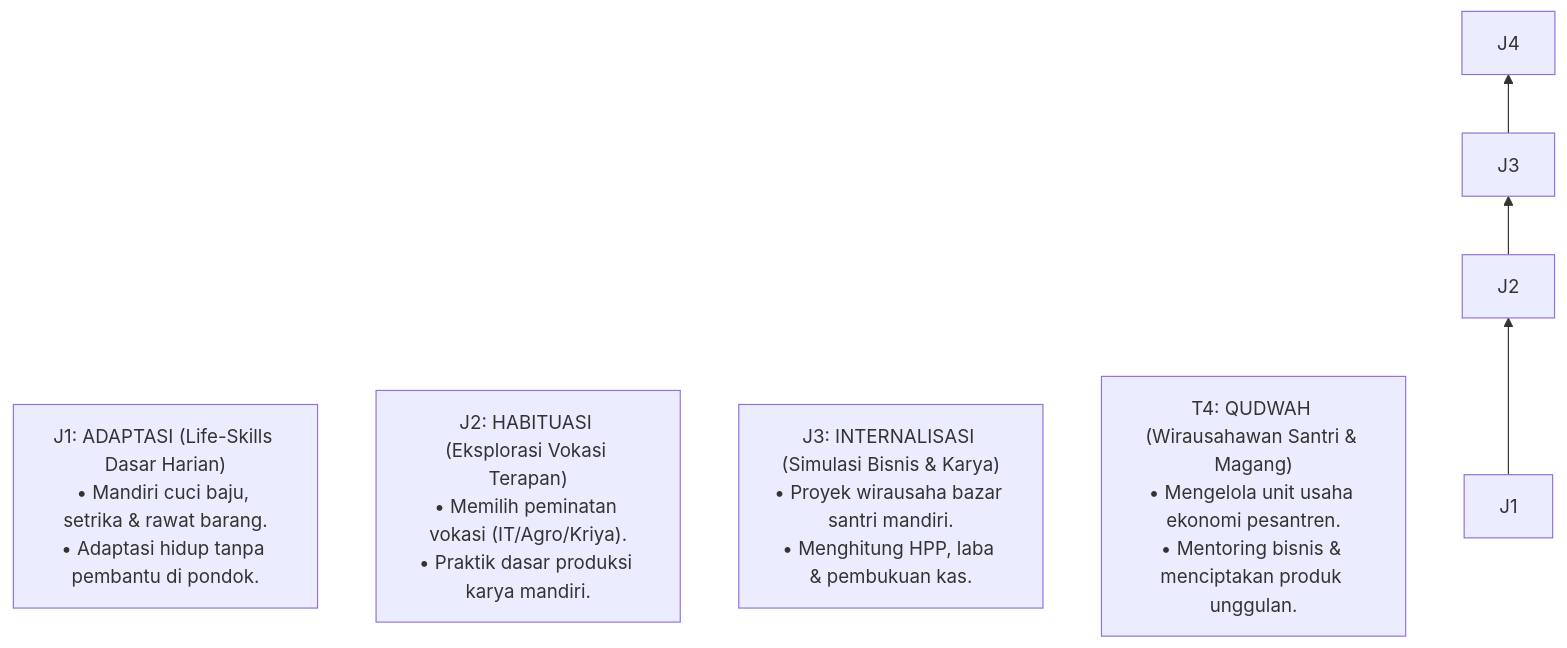
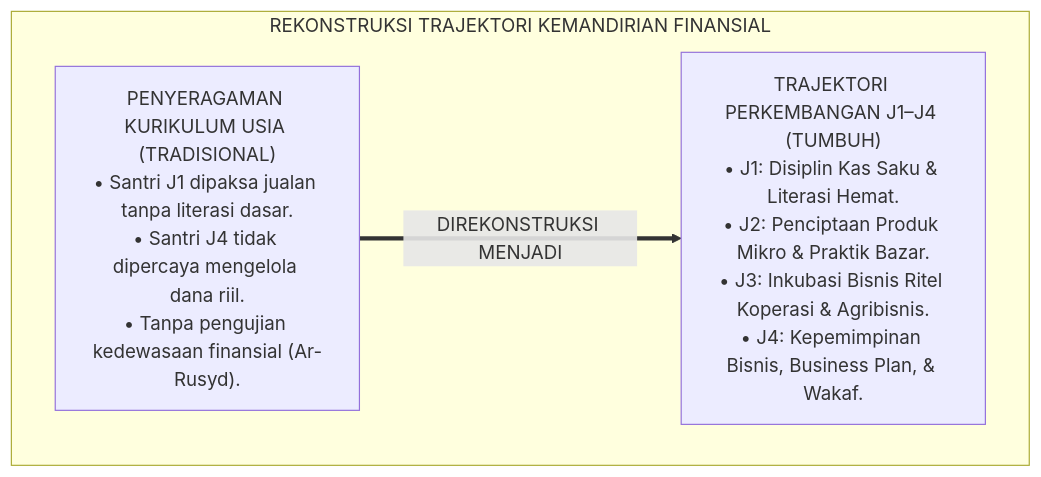
One commit to wandiapriliyandi/tumbuh changed the first of 6 diagrams in 03 Capacity Framework/12 Qadirun Alal Kasb/P3-12-08-Tahapan-Perkembangan-Jenjang-J1-J4.md. Above: the diagram before and after it, drawn with Mermaid. The commit also changed other lines of this file and 14 other files, not shown here.

````diff
--- a/03 Capacity Framework/12 Qadirun Alal Kasb/P3-12-08-Tahapan-Perkembangan-Jenjang-J1-J4.md
+++ b/03 Capacity Framework/12 Qadirun Alal Kasb/P3-12-08-Tahapan-Perkembangan-Jenjang-J1-J4.md
@@ -10,12 +57,10 @@
 ```mermaid
-graph BT
-    T1["J1: ADAPTASI (Life-Skills Dasar Harian)<br/>• Mandiri cuci baju, setrika & rawat barang.<br/>• Adaptasi hidup tanpa pembantu di pondok."]
-    
-    T2["J2: HABITUASI (Eksplorasi Vokasi Terapan)<br/>• Memilih peminatan vokasi (IT/Agro/Kriya).<br/>• Praktik dasar produksi karya mandiri."]
-    
-    T3["J3: INTERNALISASI (Simulasi Bisnis & Karya)<br/>• Proyek wirausaha bazar santri mandiri.<br/>• Menghitung HPP, laba & pembukuan kas."]
-    
-    T4["T4: QUDWAH (Wirausahawan Santri & Magang)<br/>• Mengelola unit usaha ekonomi pesantren.<br/>• Mentoring bisnis & menciptakan produk unggulan."]
-
-    J1 --> J2 --> J3 --> J4
+flowchart TD
+    subgraph TransformasiTrajektoriKemandirian["REKONSTRUKSI TRAJEKTORI KEMANDIRIAN FINANSIAL"]
+        Seragam["PENYERAGAMAN KURIKULUM USIA (TRADISIONAL)<br/>• Santri J1 dipaksa jualan tanpa literasi dasar.<br/>• Santri J4 tidak dipercaya mengelola dana riil.<br/>• Tanpa pengujian kedewasaan finansial (Ar-Rusyd)."]
+        
+        TUMBUH["TRAJEKTORI PERKEMBANGAN J1–J4 (TUMBUH)<br/>• J1: Disiplin Kas Saku & Literasi Hemat.<br/>• J2: Penciptaan Produk Mikro & Praktik Bazar.<br/>• J3: Inkubasi Bisnis Ritel Koperasi & Agribisnis.<br/>• J4: Kepemimpinan Bisnis, Business Plan, & Wakaf."]
+        
+        Seragam ==>|DIREKONSTRUKSI MENJADI| TUMBUH
+    end
 ```
````
